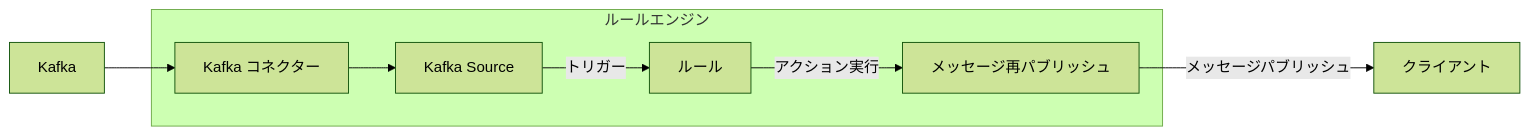
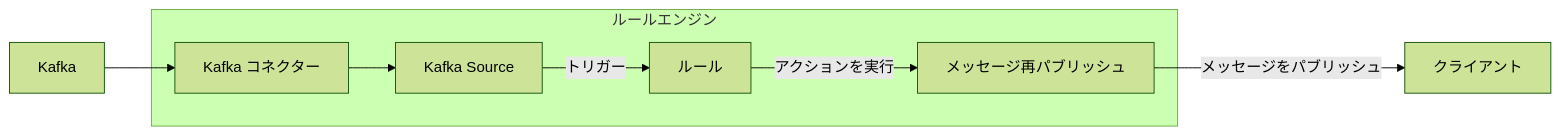
The second of 2 diagrams in ja_JP/data-integration/data-bridges.md (emqx/emqx-docs), drawn with Mermaid (forest theme) before and after one commit. The commit also changed other lines of this file and 403 other files, not shown here.

````diff
--- a/ja_JP/data-integration/data-bridges.md
+++ b/ja_JP/data-integration/data-bridges.md
@@ -62,11 +62,11 @@
 ```mermaid
 graph LR
   A[Kafka] --> B[Kafka コネクター]
   subgraph ルールエンジン
     B --> C[Kafka Source]
     C -->  |トリガー| D[ルール]
-    D -->  |アクション実行| D1[メッセージ再パブリッシュ]
+    D -->  |アクションを実行| D1[メッセージ再パブリッシュ]
   end
 
-D1 -->|メッセージパブリッシュ| E[クライアント]
+D1 -->|メッセージをパブリッシュ| E[クライアント]
 ```
````
